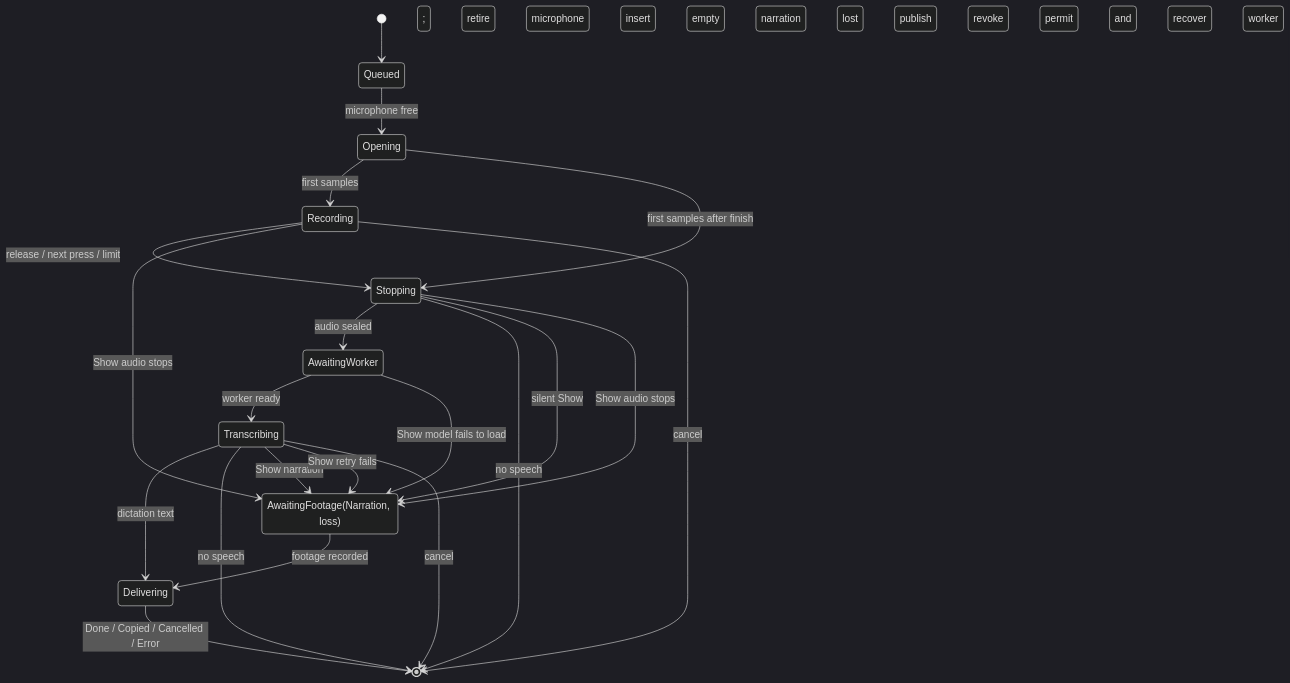
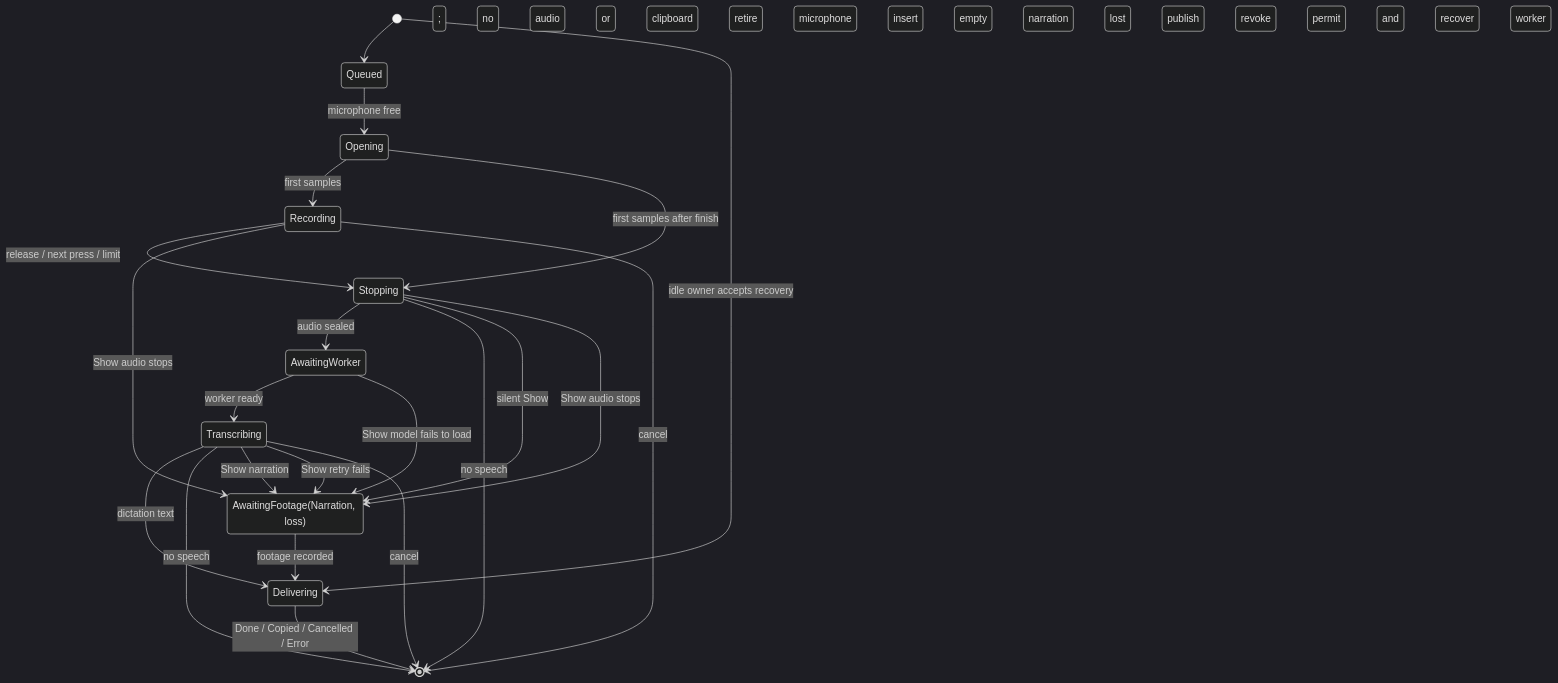
Before and after one commit to KrishRVH/speakeasy: the second of 2 diagrams in docs/architecture.md, drawn with Mermaid (dark theme). The commit also changed other lines of this file and 73 other files, not shown here.

````diff
--- a/docs/architecture.md
+++ b/docs/architecture.md
@@ -280,24 +318,25 @@
 ```mermaid
 stateDiagram-v2
     state "AwaitingFootage(Narration, loss)" as AwaitingFootage
     [*] --> Queued
+    [*] --> Delivering: idle owner accepts recovery; no audio or clipboard
     Queued --> Opening: microphone free
     Opening --> Recording: first samples
     Opening --> Stopping: first samples after finish
     Recording --> Stopping: release / next press / limit
     Stopping --> AwaitingWorker: audio sealed; retire microphone
     Stopping --> [*]: no speech
     AwaitingWorker --> Transcribing: worker ready
     Transcribing --> Delivering: dictation text; insert
     Transcribing --> [*]: no speech
     Stopping --> AwaitingFootage: silent Show; empty narration
     Transcribing --> AwaitingFootage: Show narration
     Recording --> AwaitingFootage: Show audio stops; narration lost
     Stopping --> AwaitingFootage: Show audio stops; narration lost
     AwaitingWorker --> AwaitingFootage: Show model fails to load; narration lost
     Transcribing --> AwaitingFootage: Show retry fails; narration lost
     AwaitingFootage --> Delivering: footage recorded; publish
     Delivering --> [*]: Done / Copied / Cancelled / Error
     Recording --> [*]: cancel; revoke permit and retire
     Transcribing --> [*]: cancel; revoke permit and recover worker
 ```
````
